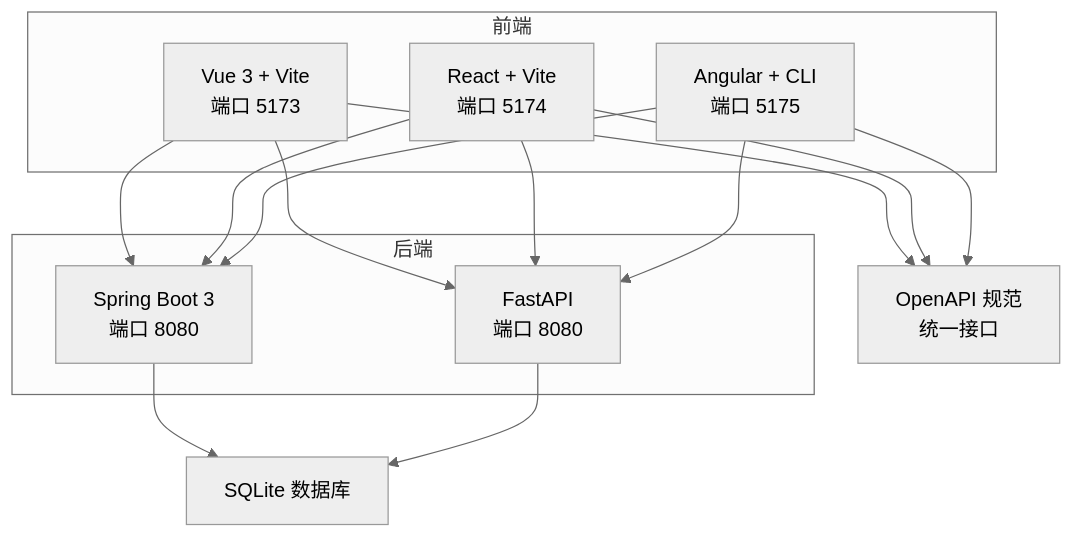
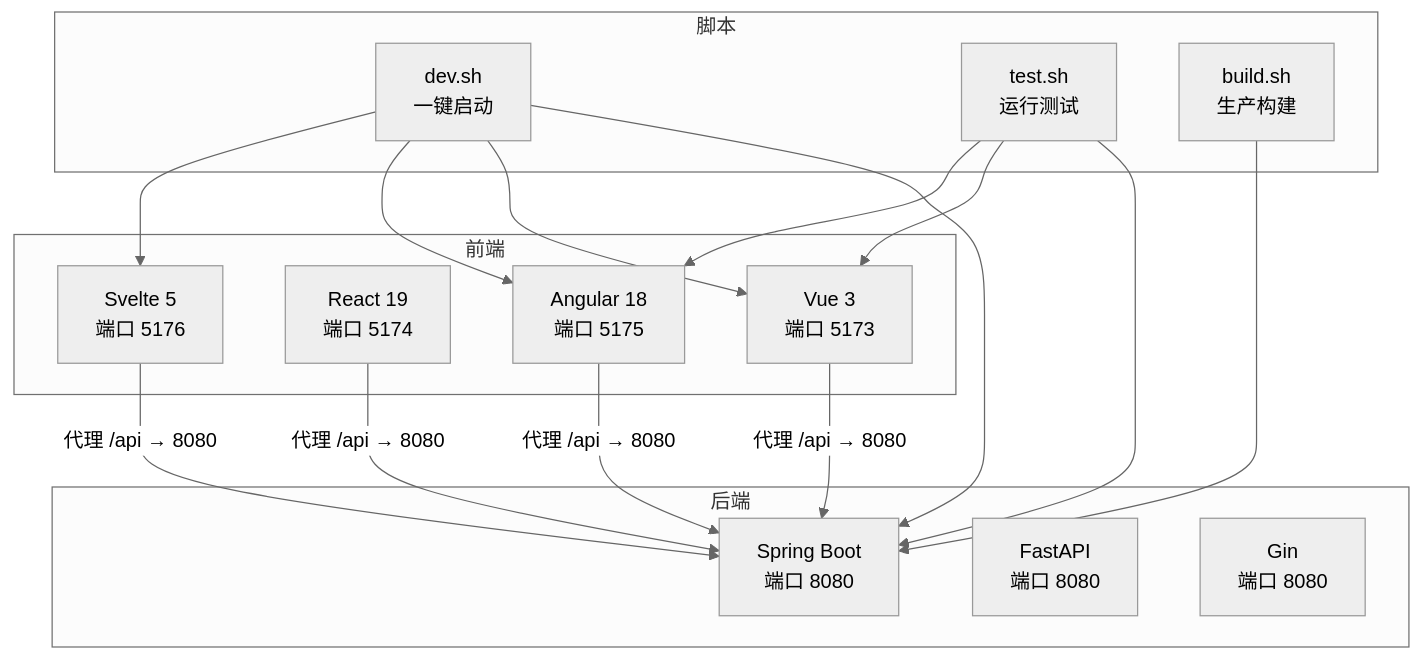
One commit to alexy2008/TimeCapsule changed the first of 6 diagrams in .qoder/repowiki/zh/content/故障排除.md. Above: the diagram before and after it, drawn with Mermaid (neutral theme). The commit also changed other lines of this file and 247 other files, not shown here.

````diff
--- a/.qoder/repowiki/zh/content/故障排除.md
+++ b/.qoder/repowiki/zh/content/故障排除.md
@@ -43,25 +40,31 @@
 ```mermaid
 graph TB
 subgraph "前端"
-VUE["Vue 3 + Vite<br/>端口 5173"]
-REACT["React + Vite<br/>端口 5174"]
-ANGULAR["Angular + CLI<br/>端口 5175"]
+VUE["Vue 3<br/>端口 5173"]
+REACT["React 19<br/>端口 5174"]
+ANG["Angular 18<br/>端口 5175"]
+SVLT["Svelte 5<br/>端口 5176"]
 end
 subgraph "后端"
-SB["Spring Boot 3<br/>端口 8080"]
+SB["Spring Boot<br/>端口 8080"]
 FA["FastAPI<br/>端口 8080"]
+GI["Gin<br/>端口 8080"]
 end
-SPEC["OpenAPI 规范<br/>统一接口"]
-DATA["SQLite 数据库"]
-VUE --> SPEC
-REACT --> SPEC
-ANGULAR --> SPEC
-VUE --> SB
-REACT --> SB
-ANGULAR --> SB
-VUE --> FA
-REACT --> FA
-ANGULAR --> FA
-SB --> DATA
-FA --> DATA
+subgraph "脚本"
+DEV["dev.sh<br/>一键启动"]
+TST["test.sh<br/>运行测试"]
+BLD["build.sh<br/>生产构建"]
+end
+VUE --> |"代理 /api → 8080"| SB
+REACT --> |"代理 /api → 8080"| SB
+ANG --> |"代理 /api → 8080"| SB
+SVLT --> |"代理 /api → 8080"| SB
+DEV --> SB
+DEV --> VUE
+DEV --> ANG
+DEV --> SVLT
+TST --> SB
+TST --> VUE
+TST --> ANG
+BLD --> SB
 ```
````
